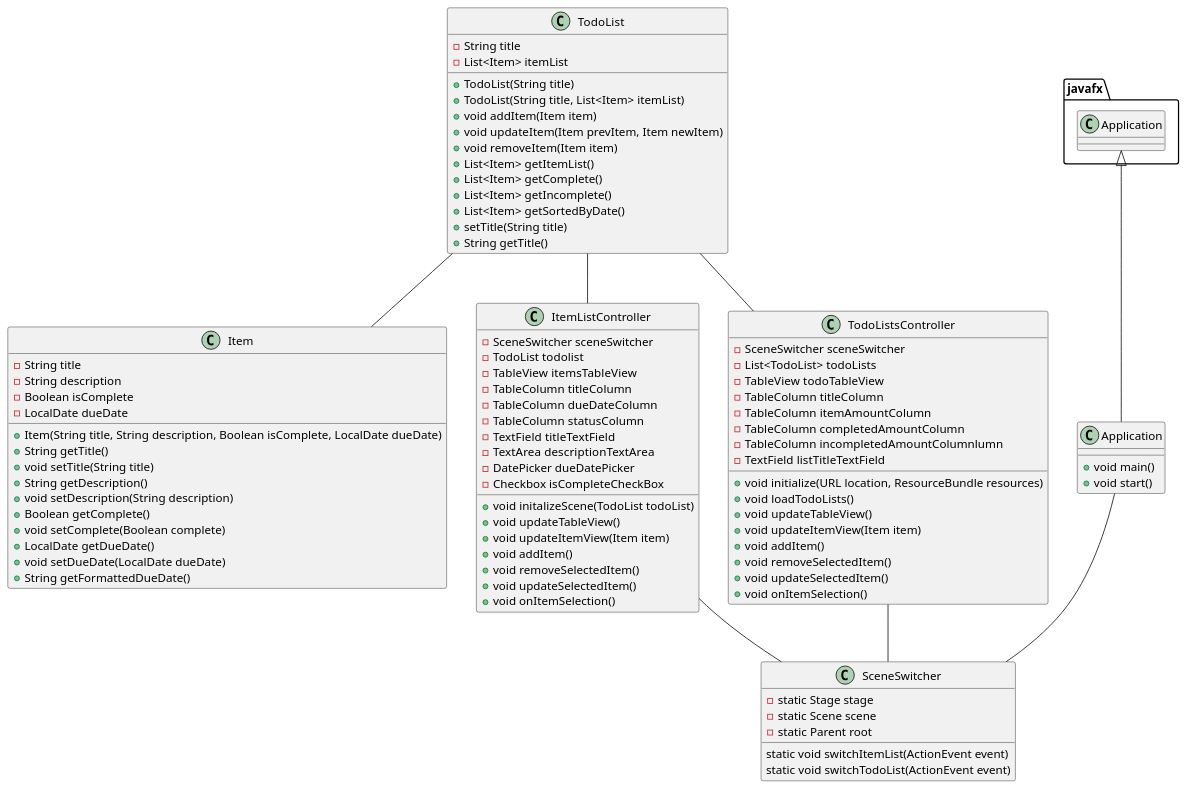
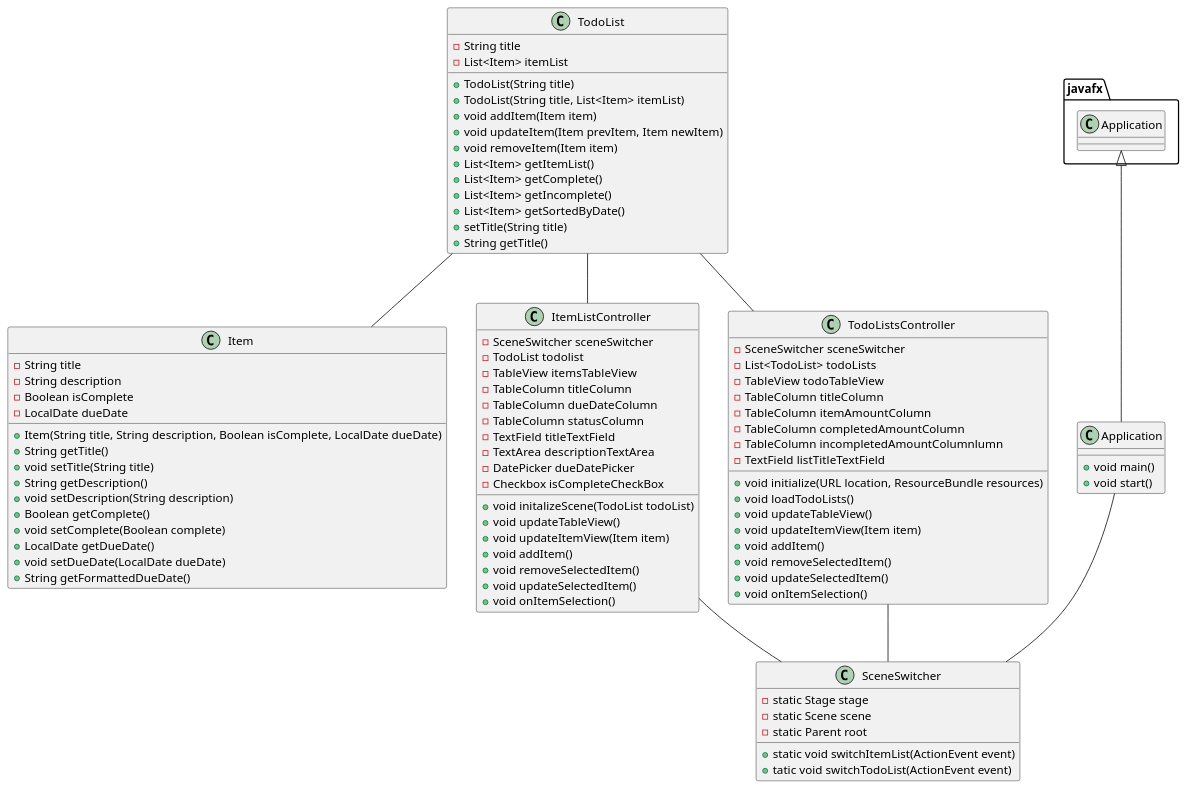
The diagram in docs/Application.puml (drumman22/grossman-app1-design), drawn with PlantUML before and after one commit.

Commit message:
update puml

```diff
--- a/docs/Application.puml
+++ b/docs/Application.puml
@@ -1,101 +1,101 @@
 @startuml
 
 class Application {
 + void main()
 + void start()
 }
 
 class TodoList {
 -String title
 -List<Item> itemList
 
 + TodoList(String title)
 + TodoList(String title, List<Item> itemList)
 + void addItem(Item item)
 + void updateItem(Item prevItem, Item newItem)
 + void removeItem(Item item)
 + List<Item> getItemList()
 + List<Item> getComplete()
 + List<Item> getIncomplete()
 + List<Item> getSortedByDate()
 + setTitle(String title)
 + String getTitle()
 }
 
 class Item {
 -String title
 -String description
 -Boolean isComplete
 -LocalDate dueDate
 
 + Item(String title, String description, Boolean isComplete, LocalDate dueDate)
 + String getTitle()
 + void setTitle(String title)
 + String getDescription()
 + void setDescription(String description)
 + Boolean getComplete()
 + void setComplete(Boolean complete)
 + LocalDate getDueDate()
 + void setDueDate(LocalDate dueDate)
 + String getFormattedDueDate()
 }
 
 class SceneSwitcher {
 -static Stage stage
 -static Scene scene
 -static Parent root
 
-static void switchItemList(ActionEvent event)
-static void switchTodoList(ActionEvent event)
++ static void switchItemList(ActionEvent event)
++ tatic void switchTodoList(ActionEvent event)
 }
 
 class ItemListController {
 -SceneSwitcher sceneSwitcher
 -TodoList todolist
 -TableView itemsTableView
 -TableColumn titleColumn
 -TableColumn dueDateColumn
 -TableColumn statusColumn
 -TextField titleTextField
 -TextArea descriptionTextArea
 -DatePicker dueDatePicker
 -Checkbox isCompleteCheckBox
 
 + void initalizeScene(TodoList todoList)
 + void updateTableView()
 + void updateItemView(Item item)
 + void addItem()
 + void removeSelectedItem()
 + void updateSelectedItem()
 + void onItemSelection()
 }
 
 class TodoListsController {
 -SceneSwitcher sceneSwitcher
 -List<TodoList> todoLists
 -TableView todoTableView
 -TableColumn titleColumn
 -TableColumn itemAmountColumn
 -TableColumn completedAmountColumn
 -TableColumn incompletedAmountColumnlumn
 -TextField listTitleTextField
 
 + void initialize(URL location, ResourceBundle resources)
 + void loadTodoLists()
 + void updateTableView()
 + void updateItemView(Item item)
 + void addItem()
 + void removeSelectedItem()
 + void updateSelectedItem()
 + void onItemSelection()
 }
 
 TodoListsController -- SceneSwitcher
 ItemListController -- SceneSwitcher
 Application -- SceneSwitcher
 TodoList -- Item
 TodoList -- TodoListsController
 TodoList -- ItemListController
 javafx.Application <|-- Application
 
 @enduml
```
